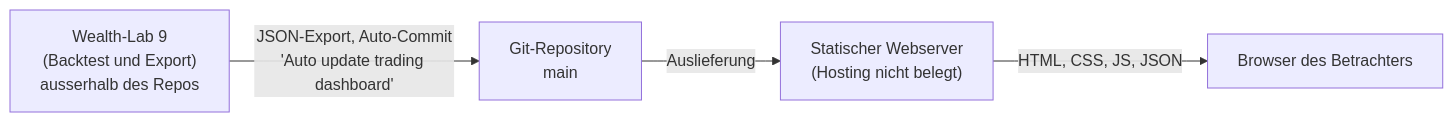
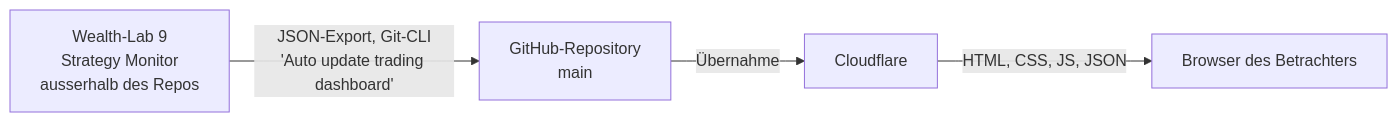
One commit to github-ascnet/WL-Trading-Systems-Overview changed the first of 3 diagrams in docs/sdd/project_plan.md. Above: the diagram before and after it, drawn with Mermaid. The commit also changed other lines of this file and 5 other files, not shown here.

````diff
--- a/docs/sdd/project_plan.md
+++ b/docs/sdd/project_plan.md
@@ -96,11 +96,11 @@
 ```mermaid
 flowchart LR
-    WL["Wealth-Lab 9<br/>(Backtest und Export)<br/>ausserhalb des Repos"]
-    GIT["Git-Repository<br/>main"]
-    HOST["Statischer Webserver<br/>(Hosting nicht belegt)"]
+    WL["Wealth-Lab 9<br/>Strategy Monitor<br/>ausserhalb des Repos"]
+    GIT["GitHub-Repository<br/>main"]
+    HOST["Cloudflare"]
     USER["Browser des Betrachters"]
 
-    WL -- "JSON-Export, Auto-Commit<br/>'Auto update trading dashboard'" --> GIT
-    GIT -- "Auslieferung" --> HOST
+    WL -- "JSON-Export, Git-CLI<br/>'Auto update trading dashboard'" --> GIT
+    GIT -- "Übernahme" --> HOST
     HOST -- "HTML, CSS, JS, JSON" --> USER
 ```
````
